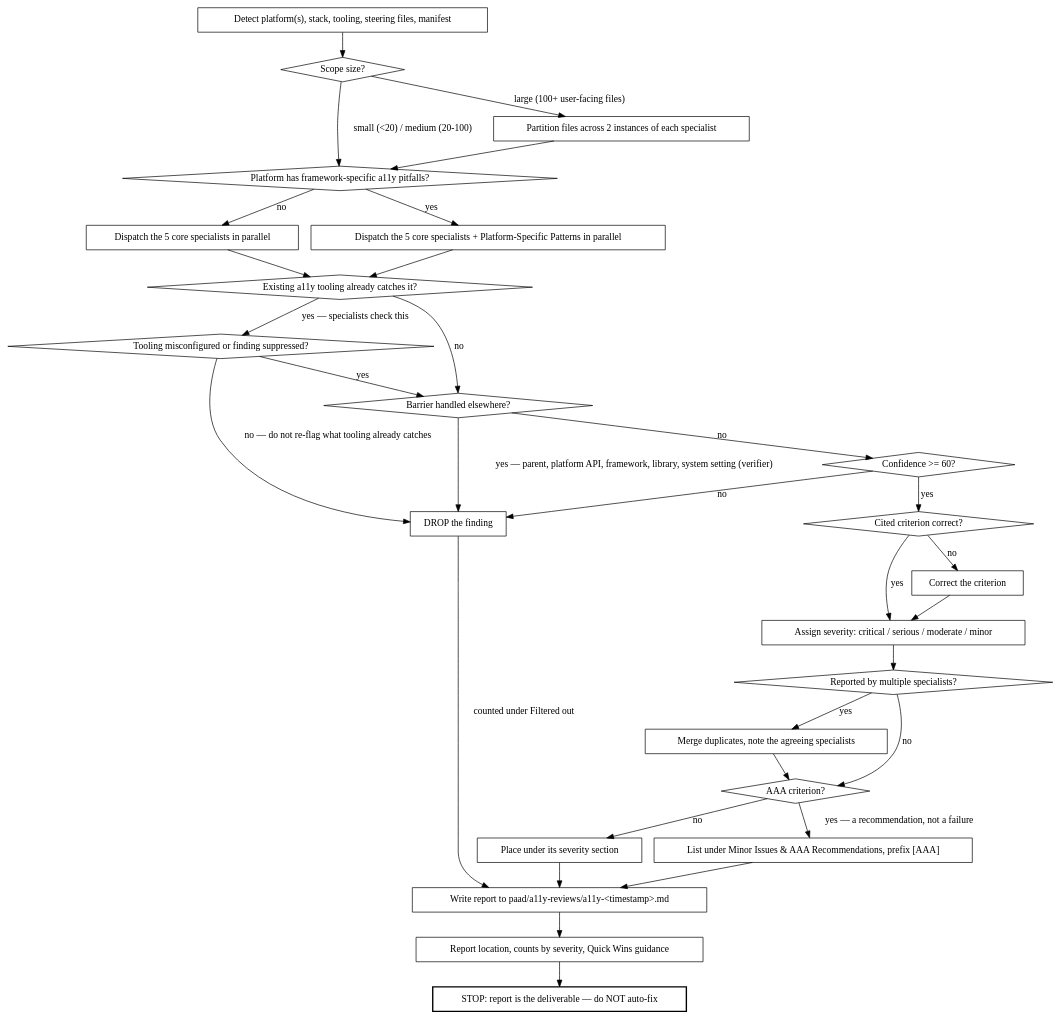
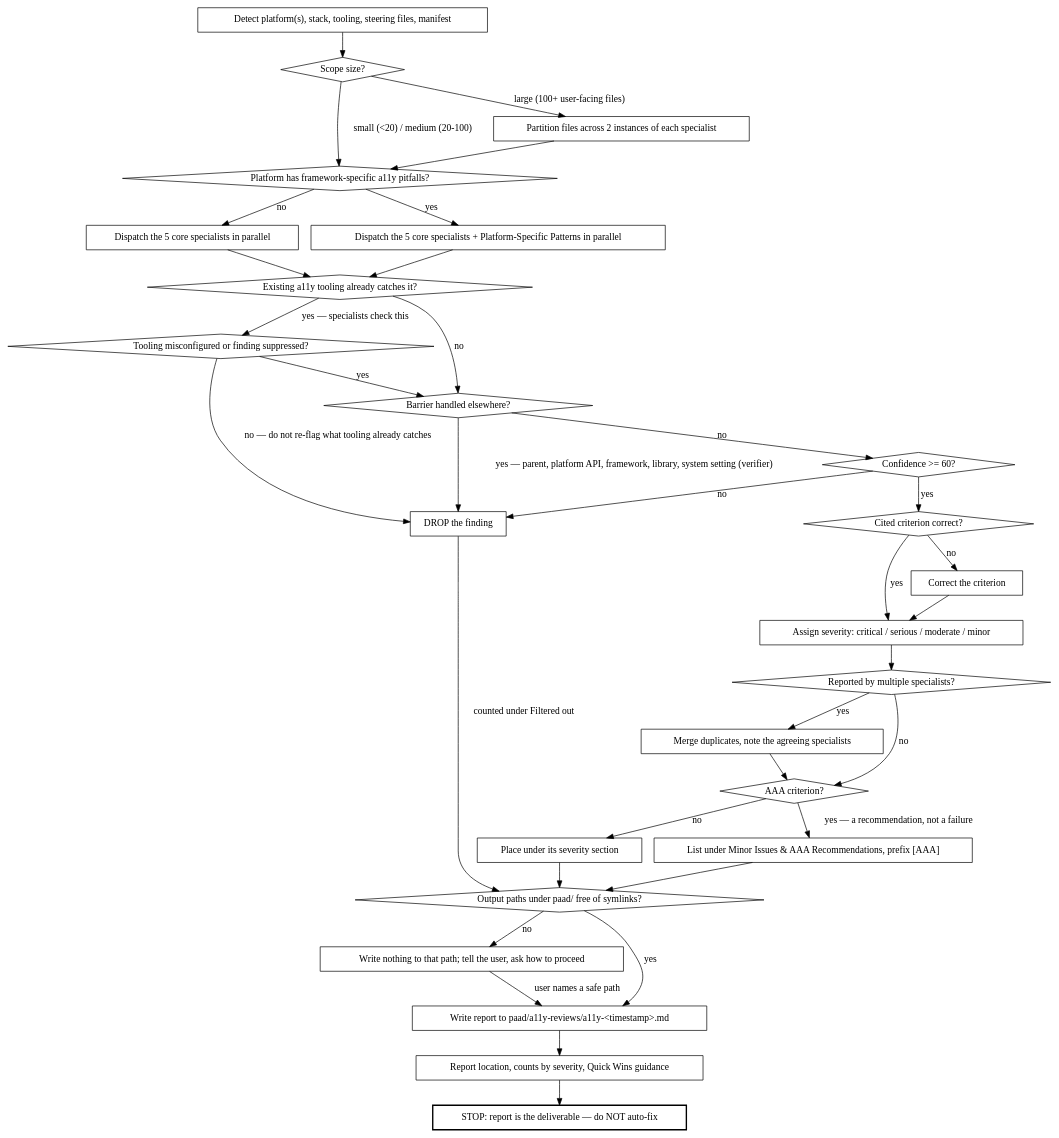
Before and after one commit to Ovid/paad: the second of 2 diagrams in preview/paad/skills/agentic-a11y/SKILL.md, drawn with Graphviz. The commit also changed other lines of this file and 12 other files, not shown here.

````diff
--- a/preview/paad/skills/agentic-a11y/SKILL.md
+++ b/preview/paad/skills/agentic-a11y/SKILL.md
@@ -39,60 +41,65 @@
 ```dot
 digraph audit_flow {
   "Scope size?" [shape=diamond];
   "Platform has framework-specific a11y pitfalls?" [shape=diamond];
   "Existing a11y tooling already catches it?" [shape=diamond];
   "Tooling misconfigured or finding suppressed?" [shape=diamond];
   "Barrier handled elsewhere?" [shape=diamond];
   "Confidence >= 60?" [shape=diamond];
   "Cited criterion correct?" [shape=diamond];
   "Reported by multiple specialists?" [shape=diamond];
   "AAA criterion?" [shape=diamond];
 
   "Detect platform(s), stack, tooling, steering files, manifest" [shape=box];
   "Partition files across 2 instances of each specialist" [shape=box];
   "Dispatch the 5 core specialists in parallel" [shape=box];
   "Dispatch the 5 core specialists + Platform-Specific Patterns in parallel" [shape=box];
   "DROP the finding" [shape=box];
   "Correct the criterion" [shape=box];
   "Assign severity: critical / serious / moderate / minor" [shape=box];
   "Merge duplicates, note the agreeing specialists" [shape=box];
   "List under Minor Issues & AAA Recommendations, prefix [AAA]" [shape=box];
   "Place under its severity section" [shape=box];
+  "Output paths under paad/ free of symlinks?" [shape=diamond];
+  "Write nothing to that path; tell the user, ask how to proceed" [shape=box];
   "Write report to paad/a11y-reviews/a11y-<timestamp>.md" [shape=box];
   "Report location, counts by severity, Quick Wins guidance" [shape=box];
   "STOP: report is the deliverable — do NOT auto-fix" [shape=box, style=bold];
 
   "Detect platform(s), stack, tooling, steering files, manifest" -> "Scope size?";
   "Scope size?" -> "Platform has framework-specific a11y pitfalls?" [label="small (<20) / medium (20-100)"];
   "Scope size?" -> "Partition files across 2 instances of each specialist" [label="large (100+ user-facing files)"];
   "Partition files across 2 instances of each specialist" -> "Platform has framework-specific a11y pitfalls?";
   "Platform has framework-specific a11y pitfalls?" -> "Dispatch the 5 core specialists + Platform-Specific Patterns in parallel" [label="yes"];
   "Platform has framework-specific a11y pitfalls?" -> "Dispatch the 5 core specialists in parallel" [label="no"];
   "Dispatch the 5 core specialists in parallel" -> "Existing a11y tooling already catches it?";
   "Dispatch the 5 core specialists + Platform-Specific Patterns in parallel" -> "Existing a11y tooling already catches it?";
 
   "Existing a11y tooling already catches it?" -> "Tooling misconfigured or finding suppressed?" [label="yes — specialists check this"];
   "Existing a11y tooling already catches it?" -> "Barrier handled elsewhere?" [label="no"];
   "Tooling misconfigured or finding suppressed?" -> "DROP the finding" [label="no — do not re-flag what tooling already catches"];
   "Tooling misconfigured or finding suppressed?" -> "Barrier handled elsewhere?" [label="yes"];
   "Barrier handled elsewhere?" -> "DROP the finding" [label="yes — parent, platform API, framework, library, system setting (verifier)"];
   "Barrier handled elsewhere?" -> "Confidence >= 60?" [label="no"];
   "Confidence >= 60?" -> "DROP the finding" [label="no"];
   "Confidence >= 60?" -> "Cited criterion correct?" [label="yes"];
   "Cited criterion correct?" -> "Assign severity: critical / serious / moderate / minor" [label="yes"];
   "Cited criterion correct?" -> "Correct the criterion" [label="no"];
   "Correct the criterion" -> "Assign severity: critical / serious / moderate / minor";
   "Assign severity: critical / serious / moderate / minor" -> "Reported by multiple specialists?";
   "Reported by multiple specialists?" -> "Merge duplicates, note the agreeing specialists" [label="yes"];
   "Reported by multiple specialists?" -> "AAA criterion?" [label="no"];
   "Merge duplicates, note the agreeing specialists" -> "AAA criterion?";
   "AAA criterion?" -> "List under Minor Issues & AAA Recommendations, prefix [AAA]" [label="yes — a recommendation, not a failure"];
   "AAA criterion?" -> "Place under its severity section" [label="no"];
 
-  "List under Minor Issues & AAA Recommendations, prefix [AAA]" -> "Write report to paad/a11y-reviews/a11y-<timestamp>.md";
-  "Place under its severity section" -> "Write report to paad/a11y-reviews/a11y-<timestamp>.md";
-  "DROP the finding" -> "Write report to paad/a11y-reviews/a11y-<timestamp>.md" [label="counted under Filtered out"];
+  "List under Minor Issues & AAA Recommendations, prefix [AAA]" -> "Output paths under paad/ free of symlinks?";
+  "Place under its severity section" -> "Output paths under paad/ free of symlinks?";
+  "DROP the finding" -> "Output paths under paad/ free of symlinks?" [label="counted under Filtered out"];
   "Write report to paad/a11y-reviews/a11y-<timestamp>.md" -> "Report location, counts by severity, Quick Wins guidance";
   "Report location, counts by severity, Quick Wins guidance" -> "STOP: report is the deliverable — do NOT auto-fix";
+  "Output paths under paad/ free of symlinks?" -> "Write report to paad/a11y-reviews/a11y-<timestamp>.md" [label="yes"];
+  "Output paths under paad/ free of symlinks?" -> "Write nothing to that path; tell the user, ask how to proceed" [label="no"];
+  "Write nothing to that path; tell the user, ask how to proceed" -> "Write report to paad/a11y-reviews/a11y-<timestamp>.md" [label="user names a safe path"];
 }
 ```
````
